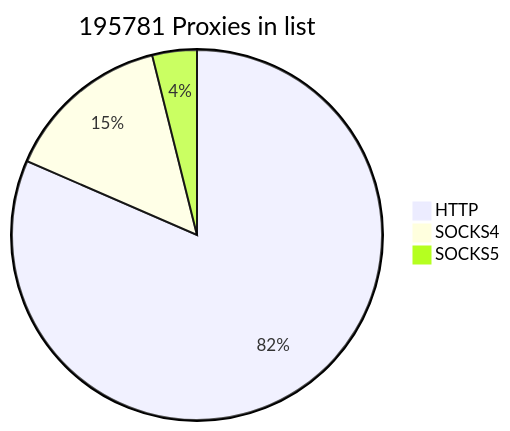
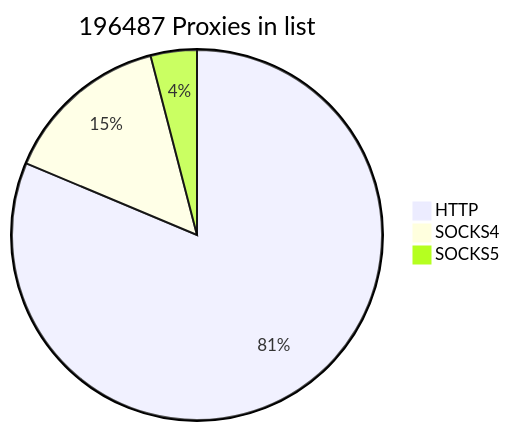
One commit to cutipu/proxylist changed the first of 2 diagrams in README.md. Above: the diagram before and after it, drawn with Mermaid. The commit also changed other lines of this file, not shown here.

````diff
--- a/README.md
+++ b/README.md
@@ -2,7 +2,7 @@
 ```mermaid
-pie title 195781 Proxies in list
-    "HTTP" : 159611
-    "SOCKS4" : 28553
-    "SOCKS5" : 7617
+pie title 196487 Proxies in list
+    "HTTP" : 159786
+    "SOCKS4" : 28776
+    "SOCKS5" : 7925
             
 ```
````
